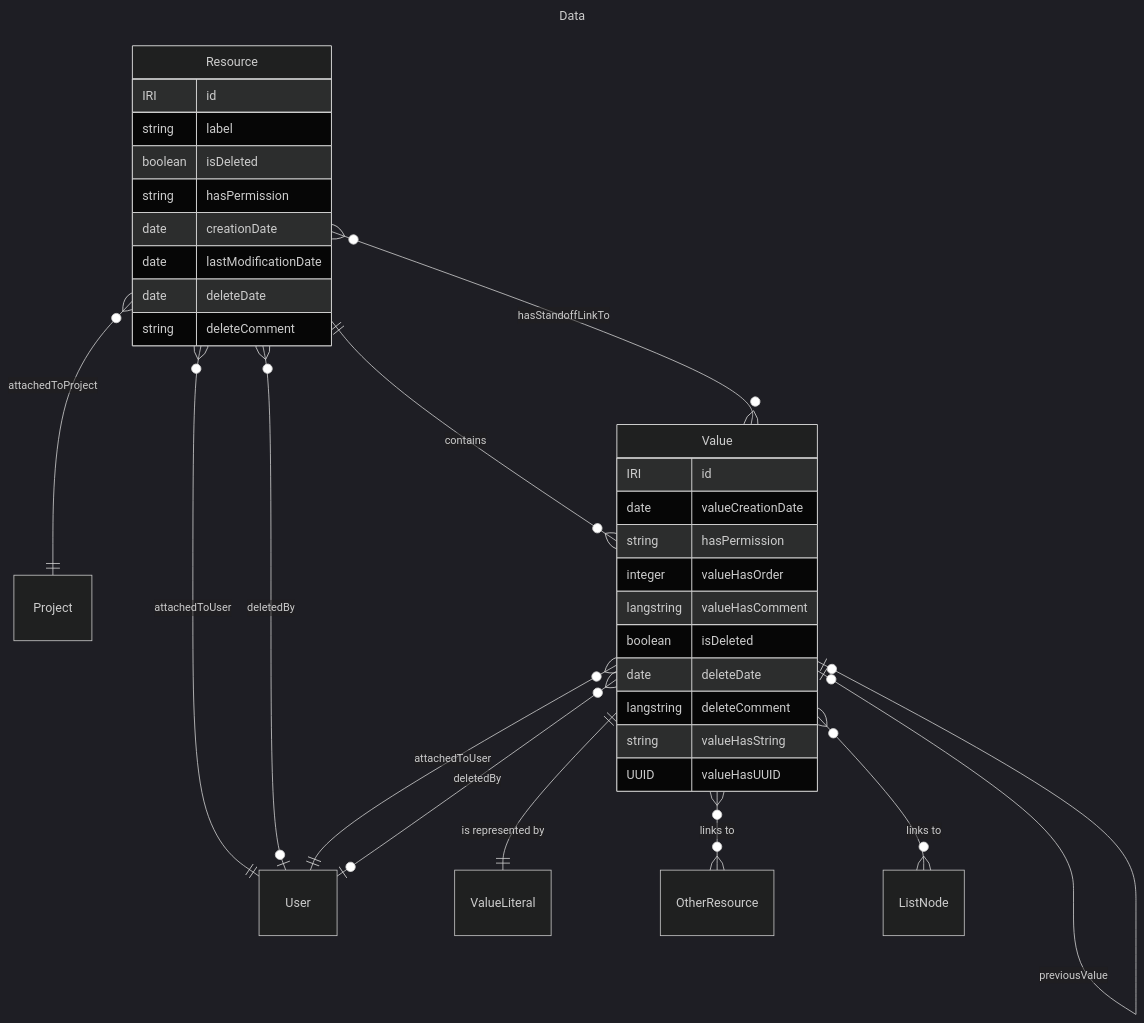
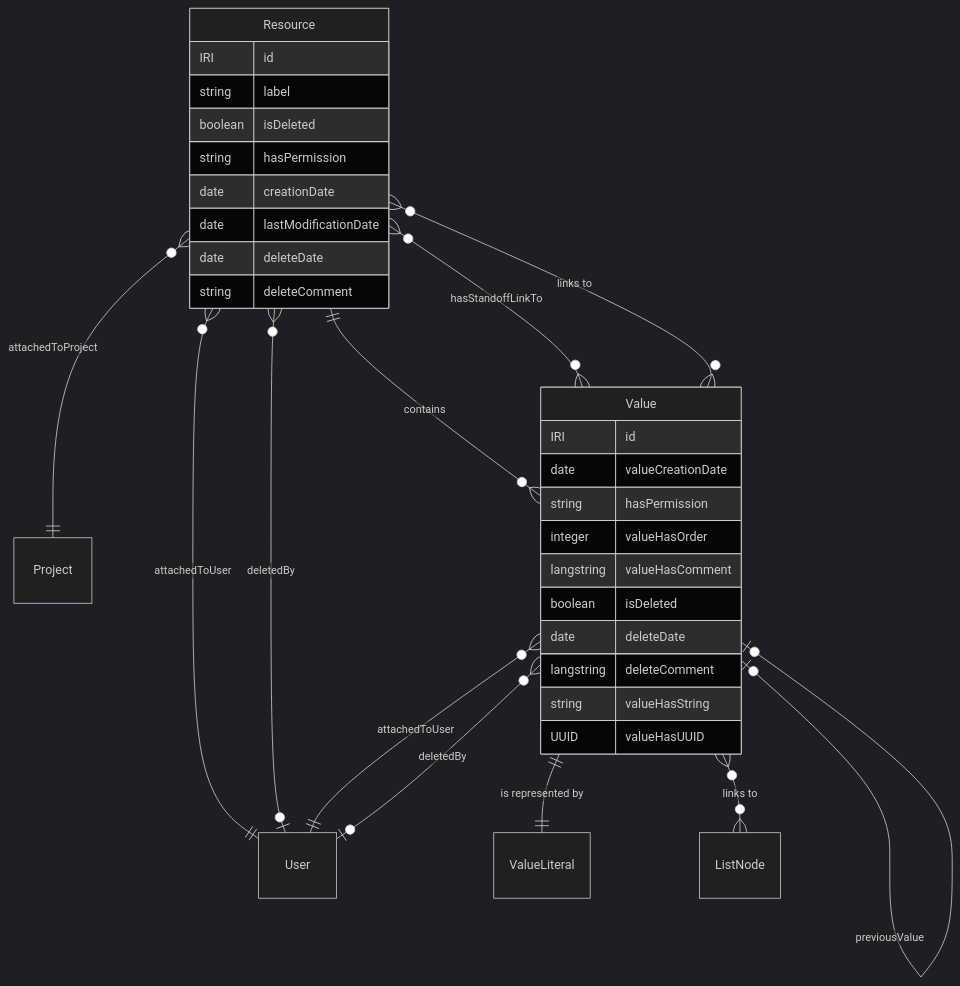
One commit to dasch-swiss/dsp-api changed the fourth of 4 diagrams in docs/05-internals/design/domain/domain-entities-and-relations.md. Above: the diagram before and after it, drawn with Mermaid (dark theme). The commit also changed other lines of this file, not shown here.

````diff
--- a/docs/05-internals/design/domain/domain-entities-and-relations.md
+++ b/docs/05-internals/design/domain/domain-entities-and-relations.md
@@ -169,41 +161,38 @@
 ```mermaid
----
-title: Data
----
 erDiagram
     User {}
     Project {}
     Resource {
         IRI id
         string label
         boolean isDeleted
         string hasPermission
         date creationDate
         date lastModificationDate
         date deleteDate
         string deleteComment
     }
     Value {
         IRI id
         date valueCreationDate
         string hasPermission
         integer valueHasOrder
         langstring valueHasComment
         boolean isDeleted
         date deleteDate
         langstring deleteComment
         string valueHasString
         UUID valueHasUUID
     }
     Resource ||--o{ Value: contains
     Resource o{--o{ Value: hasStandoffLinkTo
     Resource o{--|| User: attachedToUser
     Resource o{--o| User: deletedBy
     Resource o{--|| Project: attachedToProject
     Value ||--|| ValueLiteral: "is represented by"
-    Value }o--o{ OtherResource: "links to"
+    Value }o--o{ Resource: "links to"
     Value }o--o{ ListNode: "links to"
     Value o{--|| User: attachedToUser
     Value o{--o| User: deletedBy
     Value o|--o| Value: previousValue
 ```
````
